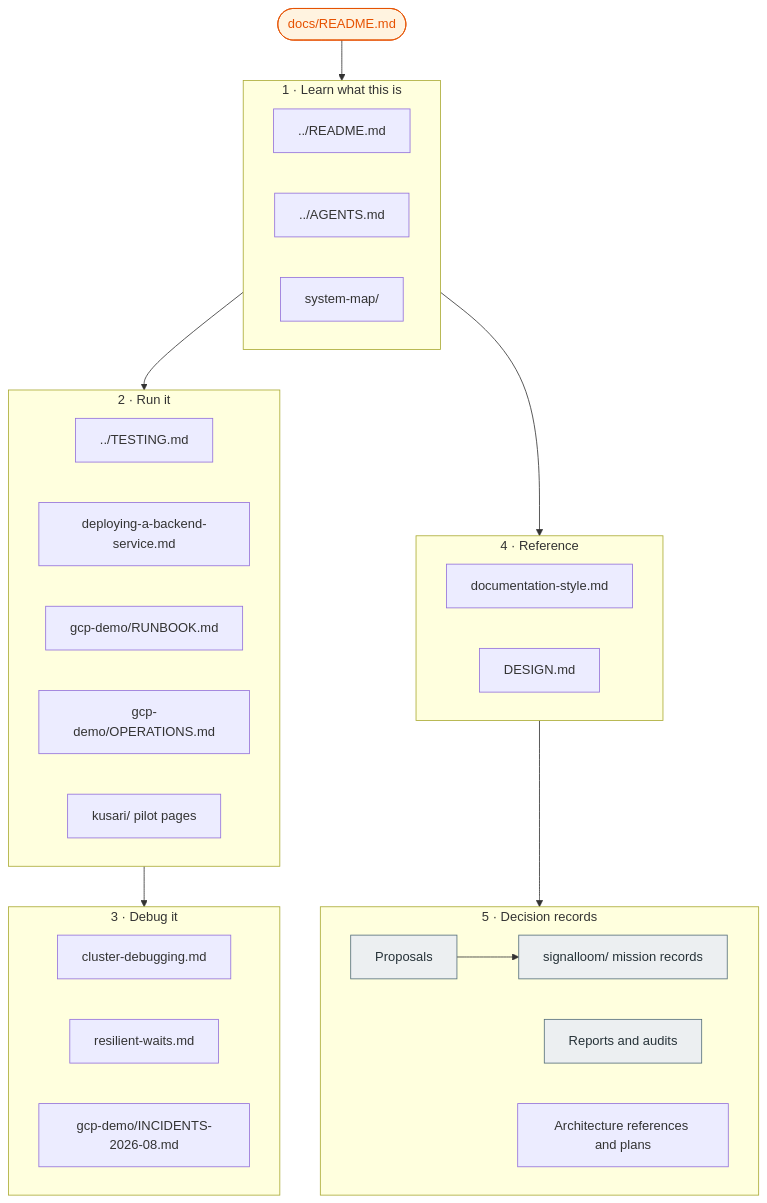
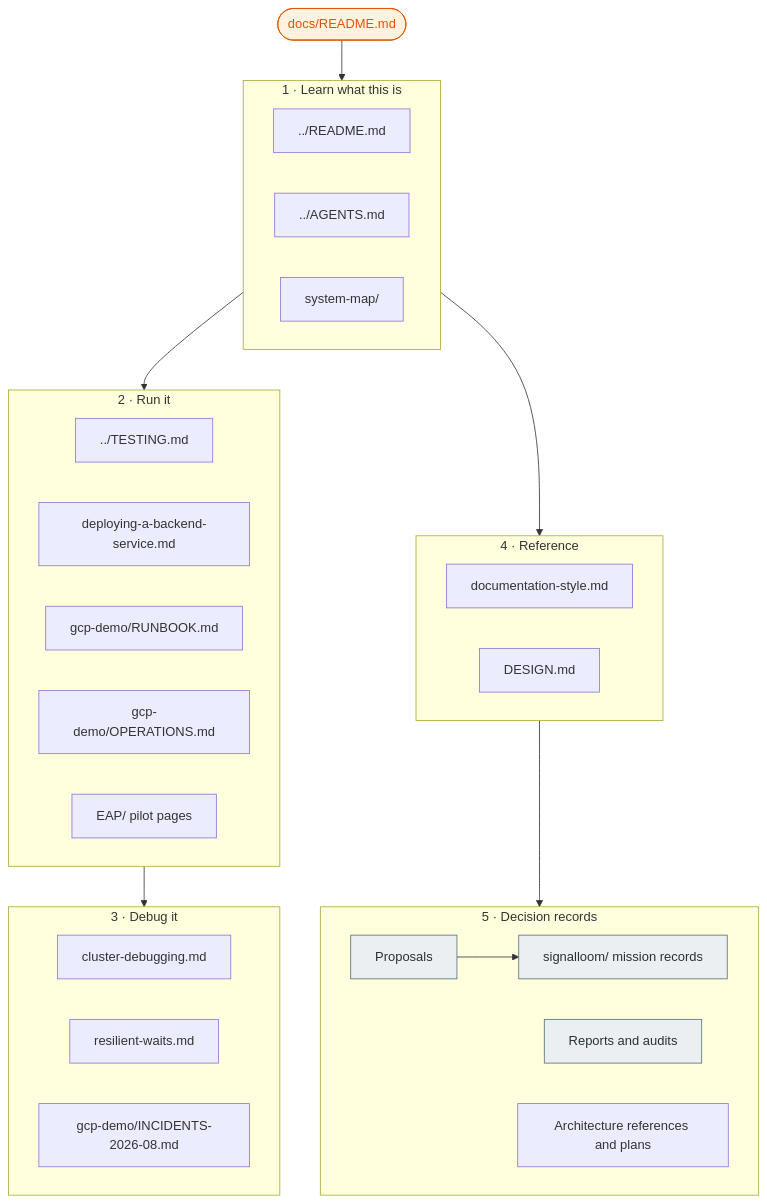
The diagram in docs/README.md (sublimino/architecture-as-code), drawn with Mermaid before and after one commit. The commit also changed 1 other file, not shown here.

Commit message:
docs(EAP): remote cluster contract for the warden, fleet-manager and portal builders
Generated with [Claude Code](https://claude.ai/code)
via [Happy](https://happy.engineering)

````diff
--- a/docs/README.md
+++ b/docs/README.md
@@ -37,46 +37,46 @@
 ```mermaid
 flowchart TB
   START(["docs/README.md"])
 
   subgraph learn["1 · Learn what this is"]
     RM["../README.md"]
     AG["../AGENTS.md"]
     MAP["system-map/"]
   end
 
   subgraph run["2 · Run it"]
     TEST["../TESTING.md"]
     BACK["deploying-a-backend-service.md"]
     RB["gcp-demo/RUNBOOK.md"]
     OPS["gcp-demo/OPERATIONS.md"]
-    KUS["kusari/ pilot pages"]
+    KUS["EAP/ pilot pages"]
   end
 
   subgraph debug["3 · Debug it"]
     CD["cluster-debugging.md"]
     RW["resilient-waits.md"]
     INC["gcp-demo/INCIDENTS-2026-08.md"]
   end
 
   subgraph ref["4 · Reference"]
     STYLE["documentation-style.md"]
     DES["DESIGN.md"]
   end
 
   subgraph rec["5 · Decision records"]
     PROP["Proposals"]
     MIS["signalloom/ mission records"]
     REP["Reports and audits"]
     ARCH["Architecture references and plans"]
   end
 
   START --> learn --> run --> debug
   learn --> ref
   ref --> rec
   PROP --> MIS
 
   classDef entry fill:#fff3e0,stroke:#e65100,color:#e65100;
   classDef record fill:#eceff1,stroke:#546e7a,color:#263238;
   class START entry;
   class PROP,MIS,REP record;
 ```
````
